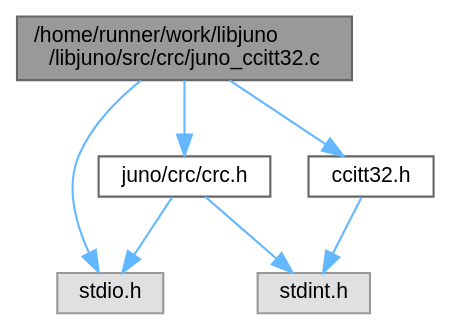
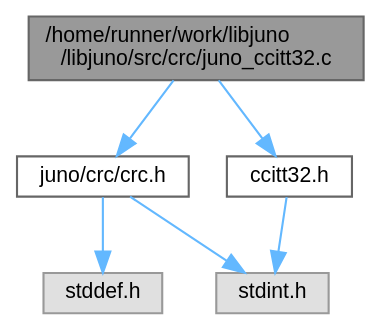
One commit to robinonsay/libjuno changed the diagram in juno__ccitt32_8c__incl.dot. Above: the diagram before and after it, drawn with Graphviz. The commit also changed 156 other files, not shown here.

```diff
--- a/juno__ccitt32_8c__incl.dot
+++ b/juno__ccitt32_8c__incl.dot
@@ -1,18 +1,17 @@
 digraph "/home/runner/work/libjuno/libjuno/src/crc/juno_ccitt32.c"
 {
  // LATEX_PDF_SIZE
   bgcolor="transparent";
   edge [fontname=Helvetica,fontsize=10,labelfontname=Helvetica,labelfontsize=10];
   node [fontname=Helvetica,fontsize=10,shape=box,height=0.2,width=0.4];
   Node1 [id="Node000001",label="/home/runner/work/libjuno\l/libjuno/src/crc/juno_ccitt32.c",height=0.2,width=0.4,color="gray40", fillcolor="grey60", style="filled", fontcolor="black",tooltip=" "];
   Node1 -> Node2 [id="edge1_Node000001_Node000002",color="steelblue1",style="solid",tooltip=" "];
   Node2 [id="Node000002",label="juno/crc/crc.h",height=0.2,width=0.4,color="grey40", fillcolor="white", style="filled",URL="$crc_8h.html",tooltip=" "];
   Node2 -> Node3 [id="edge2_Node000002_Node000003",color="steelblue1",style="solid",tooltip=" "];
-  Node3 [id="Node000003",label="stdio.h",height=0.2,width=0.4,color="grey60", fillcolor="#E0E0E0", style="filled",tooltip=" "];
+  Node3 [id="Node000003",label="stddef.h",height=0.2,width=0.4,color="grey60", fillcolor="#E0E0E0", style="filled",tooltip=" "];
   Node2 -> Node4 [id="edge3_Node000002_Node000004",color="steelblue1",style="solid",tooltip=" "];
   Node4 [id="Node000004",label="stdint.h",height=0.2,width=0.4,color="grey60", fillcolor="#E0E0E0", style="filled",tooltip=" "];
   Node1 -> Node5 [id="edge4_Node000001_Node000005",color="steelblue1",style="solid",tooltip=" "];
   Node5 [id="Node000005",label="ccitt32.h",height=0.2,width=0.4,color="grey40", fillcolor="white", style="filled",URL="$ccitt32_8h.html",tooltip=" "];
   Node5 -> Node4 [id="edge5_Node000005_Node000004",color="steelblue1",style="solid",tooltip=" "];
-  Node1 -> Node3 [id="edge6_Node000001_Node000003",color="steelblue1",style="solid",tooltip=" "];
 }
```
